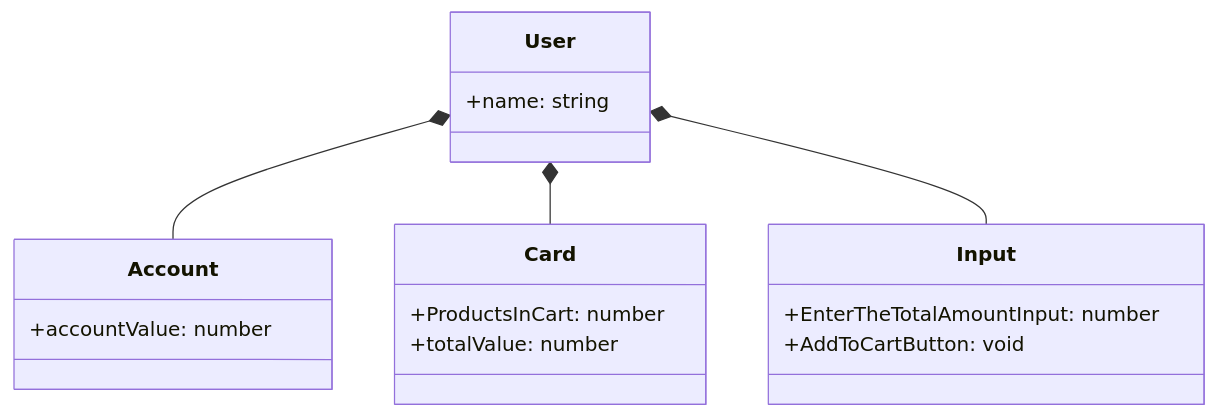
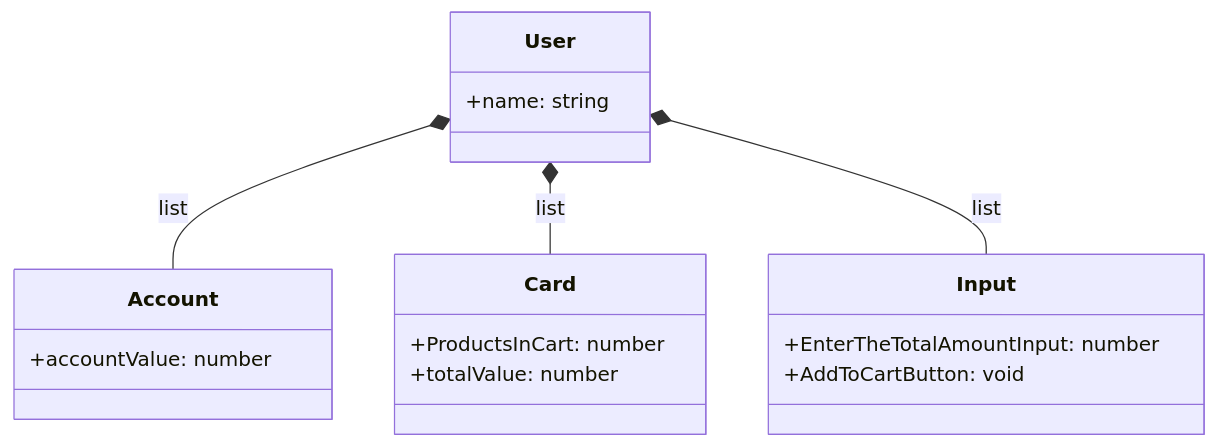
The diagram in README.md (leoIribarne/API_java_17), drawn with Mermaid before and after one commit.

````diff
--- a/README.md
+++ b/README.md
@@ -3,23 +3,24 @@
 ```mermaid
 classDiagram
     class User {
         +name: string
     }
     class Account {
         +accountValue: number
     }
     class Card {
         +ProductsInCart: number
         +totalValue: number
     }
     class Input {
         +EnterTheTotalAmountInput: number
         +AddToCartButton: void
     }
 
+    User *-- Account : list
+    User *-- Card : list
+    User *-- Input : list
 
-    User *-- Account
-    User *-- Card
-    User *-- Input
+ 
 
 ```
````
